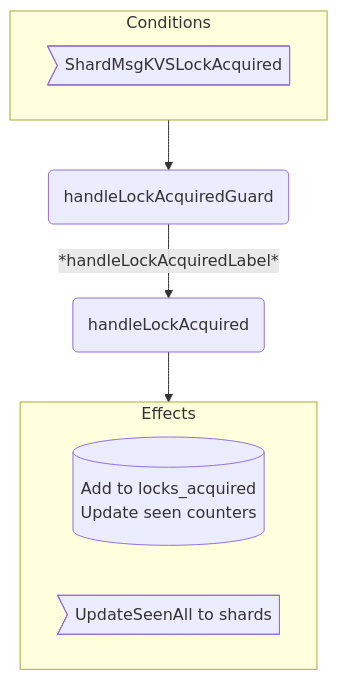
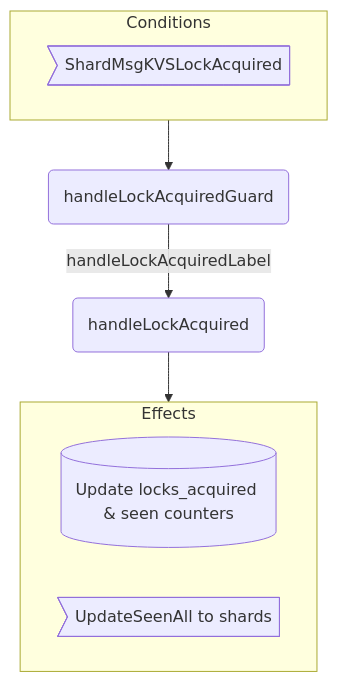
The second of 3 diagrams in docs/arch/node/engines/mempool_worker_behaviour.juvix.md (anoma/nspec), drawn with Mermaid before and after one commit. The commit also changed other lines of this file and 3 other files, not shown here.

````diff
--- a/docs/arch/node/engines/mempool_worker_behaviour.juvix.md
+++ b/docs/arch/node/engines/mempool_worker_behaviour.juvix.md
@@ -564,16 +572,16 @@
 ```mermaid
 flowchart TD
   subgraph C[Conditions]
     CMsg>ShardMsgKVSLockAcquired]
   end
 
   G(handleLockAcquiredGuard)
   A(handleLockAcquired)
 
-  C --> G -- *handleLockAcquiredLabel* --> A --> E
-
   subgraph E[Effects]
-    EEnv[(Add to locks_acquired<br/>Update seen counters)]
+    EState[(Update locks_acquired & seen counters)]
     EMsg>UpdateSeenAll to shards]
   end
+
+  C --> G -- handleLockAcquiredLabel --> A --> E
 ```
````
